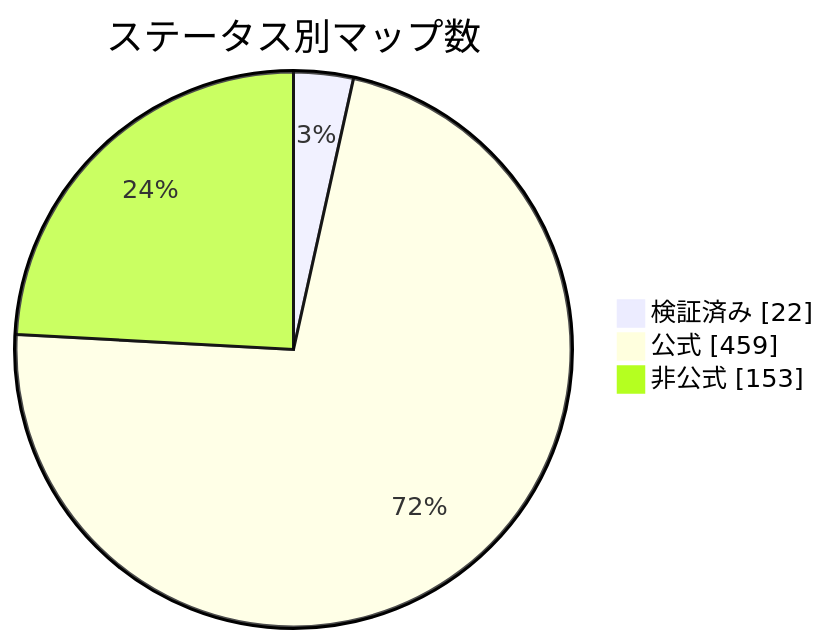
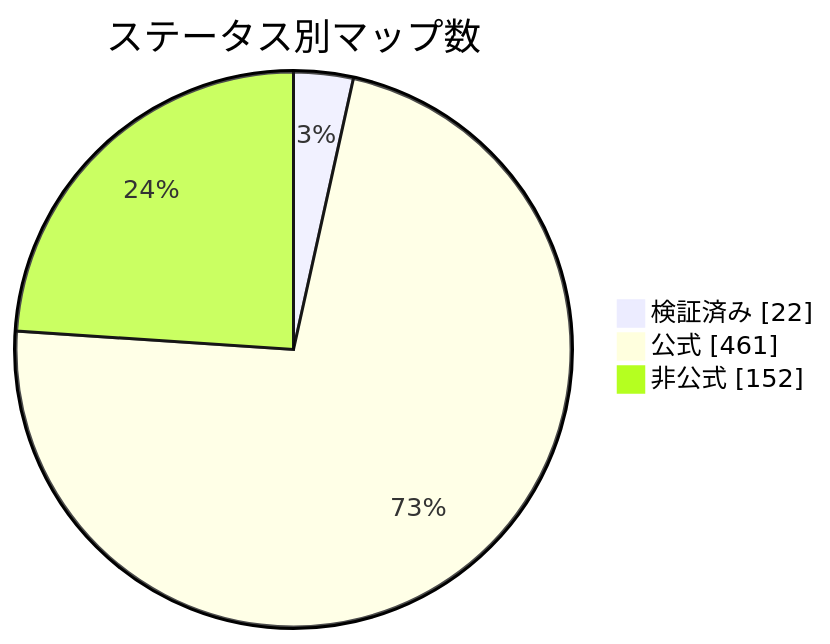
One commit to nobrega8/mbmap-library changed the diagram in docs/readme/README_JP.md. Above: the diagram before and after it, drawn with Mermaid. The commit also changed 6 other files, not shown here.

````diff
--- a/docs/readme/README_JP.md
+++ b/docs/readme/README_JP.md
@@ -54,7 +54,7 @@
 ```mermaid
 pie showData
     title ステータス別マップ数
     "検証済み" : 22
-    "公式" : 459
-    "非公式" : 153
+    "公式" : 461
+    "非公式" : 152
 ```
````
